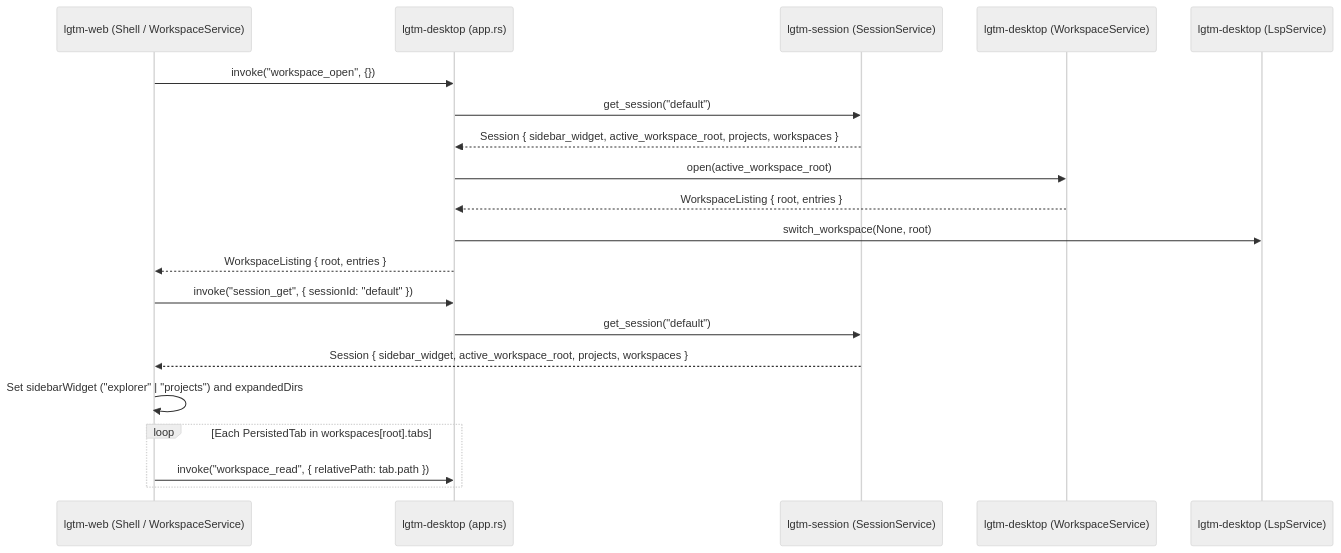
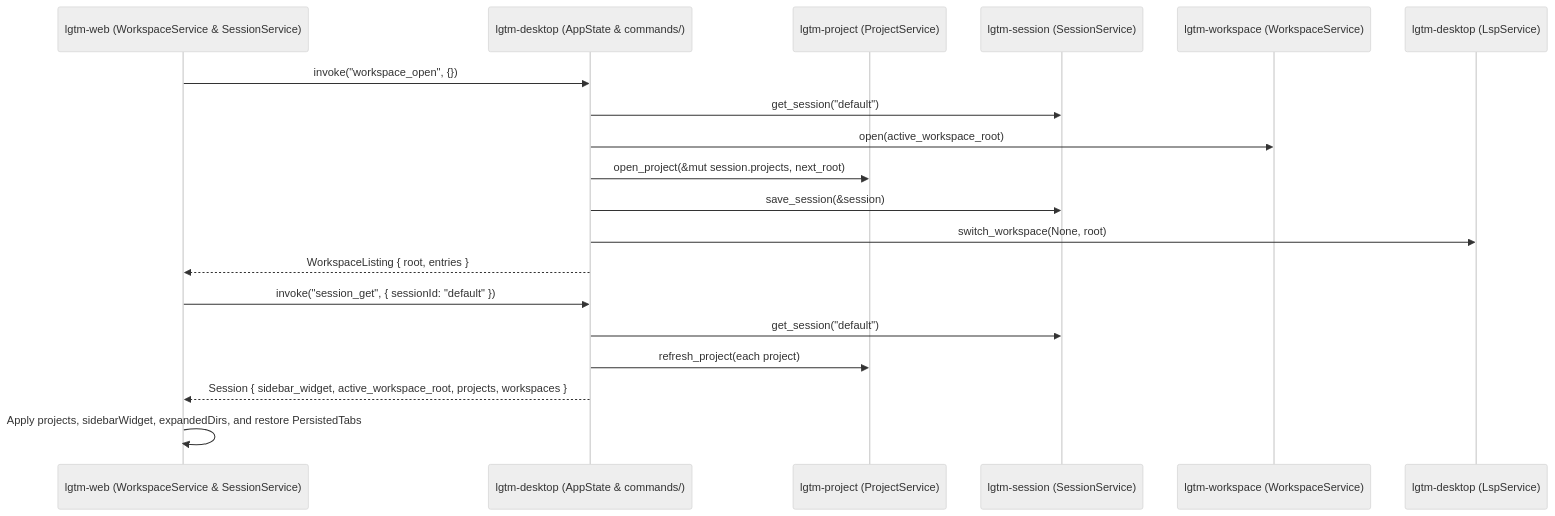
The second of 5 diagrams in docs/architecture/desktop/projects.md (difflab-io/lgtm), drawn with Mermaid (neutral theme) before and after one commit. The commit also changed other lines of this file and 17 other files, not shown here.

First line of the commit message:
refactor(session,desktop,rsutils,docs): orchestrate projects in desktop host and sync docs

````diff
--- a/docs/architecture/desktop/projects.md
+++ b/docs/architecture/desktop/projects.md
@@ -82,23 +91,22 @@
 ```mermaid
 sequenceDiagram
-    participant UI as lgtm-web (Shell / WorkspaceService)
-    participant Host as lgtm-desktop (app.rs)
+    participant UI as lgtm-web (WorkspaceService & SessionService)
+    participant Host as lgtm-desktop (AppState & commands/)
+    participant Proj as lgtm-project (ProjectService)
     participant Sess as lgtm-session (SessionService)
-    participant Ws as lgtm-desktop (WorkspaceService)
+    participant Ws as lgtm-workspace (WorkspaceService)
     participant Lsp as lgtm-desktop (LspService)
 
     UI->>Host: invoke("workspace_open", {})
     Host->>Sess: get_session("default")
-    Sess-->>Host: Session { sidebar_widget, active_workspace_root, projects, workspaces }
     Host->>Ws: open(active_workspace_root)
-    Ws-->>Host: WorkspaceListing { root, entries }
+    Host->>Proj: open_project(&mut session.projects, next_root)
+    Host->>Sess: save_session(&session)
     Host->>Lsp: switch_workspace(None, root)
     Host-->>UI: WorkspaceListing { root, entries }
     UI->>Host: invoke("session_get", { sessionId: "default" })
     Host->>Sess: get_session("default")
-    Sess-->>UI: Session { sidebar_widget, active_workspace_root, projects, workspaces }
-    UI->>UI: Set sidebarWidget ("explorer" | "projects") and expandedDirs
-    loop Each PersistedTab in workspaces[root].tabs
-        UI->>Host: invoke("workspace_read", { relativePath: tab.path })
-    end
+    Host->>Proj: refresh_project(each project)
+    Host-->>UI: Session { sidebar_widget, active_workspace_root, projects, workspaces }
+    UI->>UI: Apply projects, sidebarWidget, expandedDirs, and restore PersistedTabs
 ```
````
